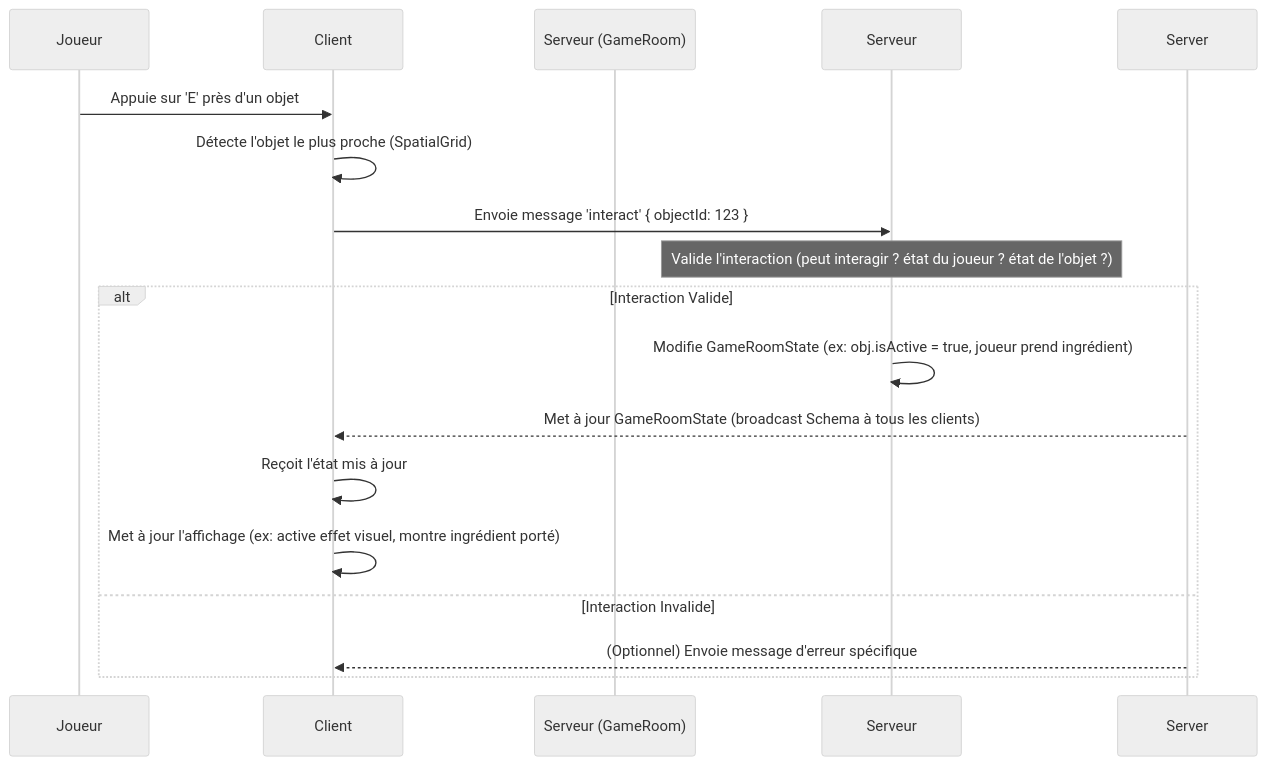
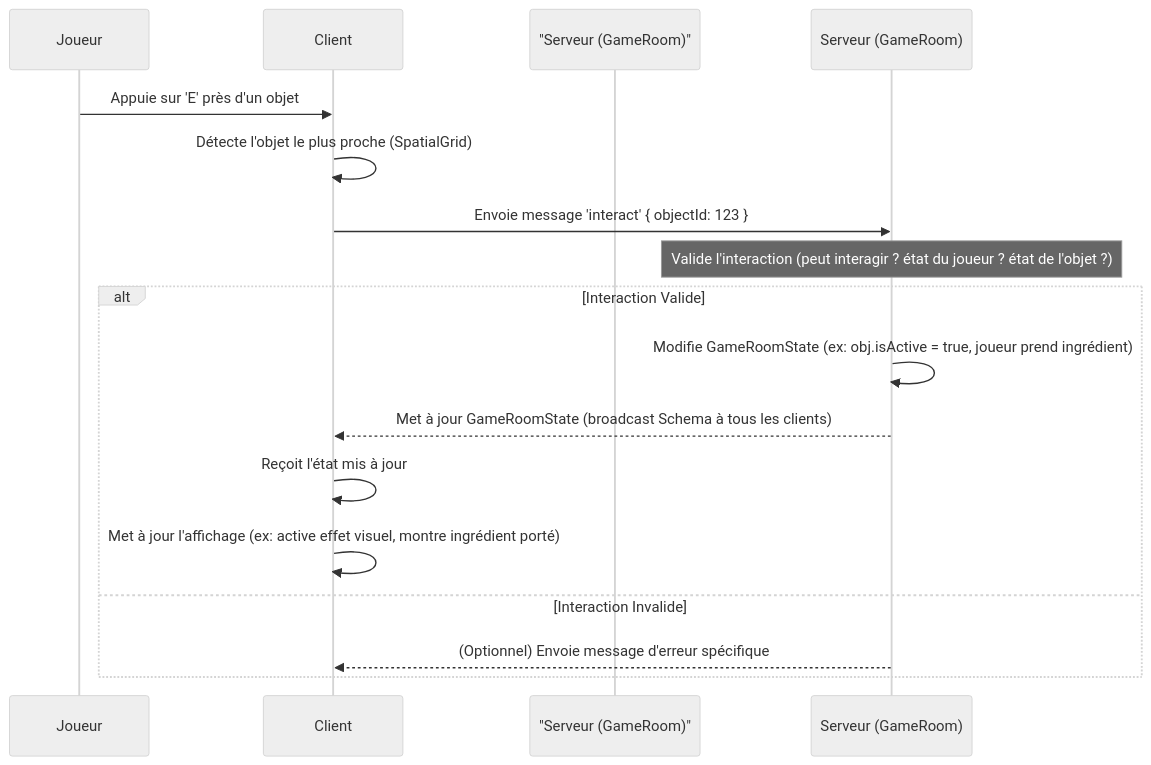
The second of 3 diagrams in README.md (TriForMine/Delixia), drawn with Mermaid (neutral theme) before and after one commit. The commit also changed other lines of this file, not shown here.

Commit message:
fix(README): update diagram labels for consistency and clarity

````diff
--- a/README.md
+++ b/README.md
@@ -88,19 +88,19 @@
     ```mermaid
     sequenceDiagram
         participant Joueur
         participant Client
-        participant Serveur (GameRoom)
+        participant "Serveur (GameRoom)"
 
         Joueur->>Client: Appuie sur 'E' près d'un objet
         Client->>Client: Détecte l'objet le plus proche (SpatialGrid)
-        Client->>Serveur: Envoie message 'interact' { objectId: 123 }
-        Note over Serveur: Valide l'interaction (peut interagir ? état du joueur ? état de l'objet ?)
+        Client->>Serveur (GameRoom): Envoie message 'interact' { objectId: 123 }
+        Note over Serveur (GameRoom): Valide l'interaction (peut interagir ? état du joueur ? état de l'objet ?)
         alt Interaction Valide
-            Serveur->>Serveur: Modifie GameRoomState (ex: obj.isActive = true, joueur prend ingrédient)
-            Server-->>Client: Met à jour GameRoomState (broadcast Schema à tous les clients)
+            Serveur (GameRoom)->>Serveur (GameRoom): Modifie GameRoomState (ex: obj.isActive = true, joueur prend ingrédient)
+            Serveur (GameRoom)-->>Client: Met à jour GameRoomState (broadcast Schema à tous les clients)
             Client->>Client: Reçoit l'état mis à jour
             Client->>Client: Met à jour l'affichage (ex: active effet visuel, montre ingrédient porté)
         else Interaction Invalide
-            Server-->>Client: (Optionnel) Envoie message d'erreur spécifique
+            Serveur (GameRoom)-->>Client: (Optionnel) Envoie message d'erreur spécifique
         end
     ```
````
